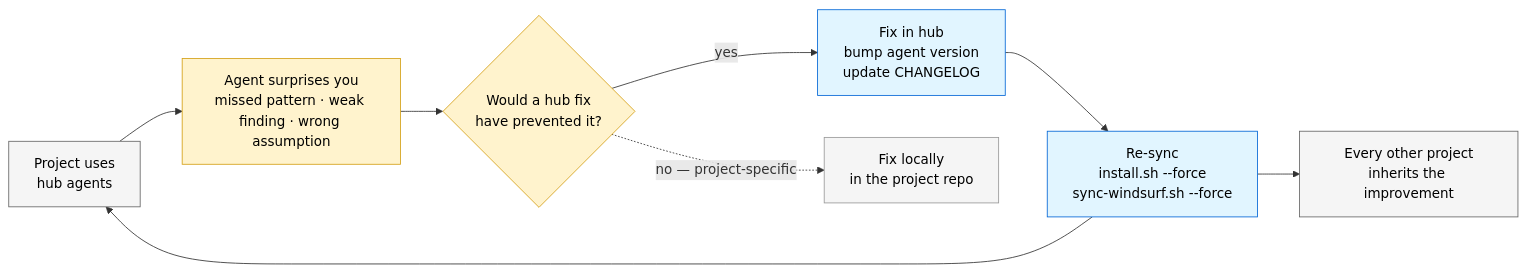
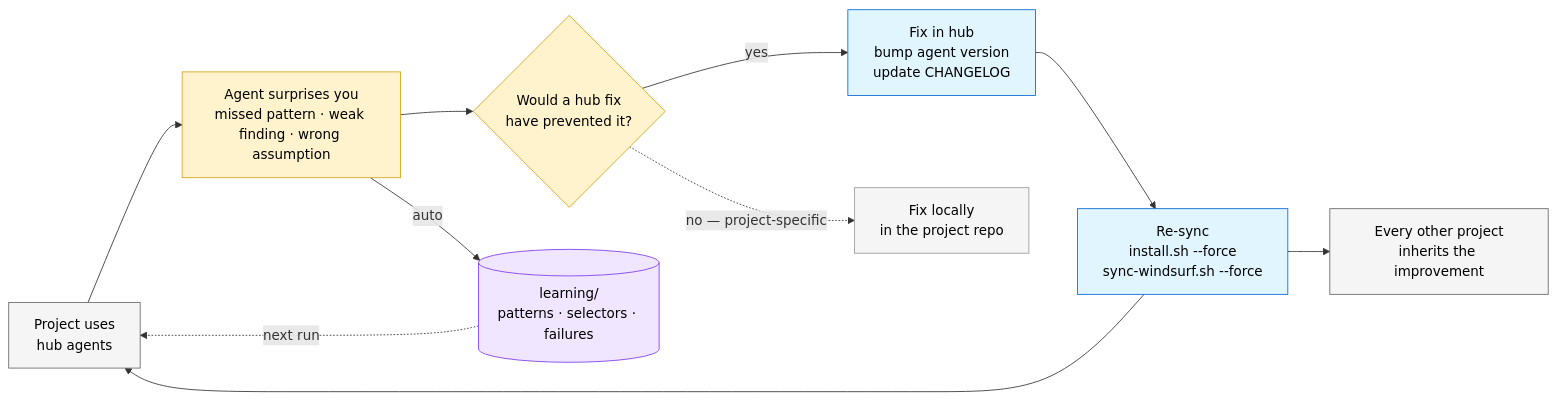
The diagram in diagrams/03-drift-loop.md (kpassoubady/agent-hub), drawn with Mermaid before and after one commit. The commit also changed other lines of this file and 14 other files, not shown here.

````diff
--- a/diagrams/03-drift-loop.md
+++ b/diagrams/03-drift-loop.md
@@ -5,25 +7,29 @@
 ```mermaid
 flowchart LR
     Use[Project uses<br/>hub agents]
     Surprise[Agent surprises you<br/>missed pattern · weak finding · wrong assumption]
     Diagnose{Would a hub fix<br/>have prevented it?}
     Fix[Fix in hub<br/>bump agent version<br/>update CHANGELOG]
     Propagate[Re-sync<br/>install.sh --force<br/>sync-windsurf.sh --force]
     Others[Every other project<br/>inherits the improvement]
 
     Use --> Surprise
     Surprise --> Diagnose
     Diagnose -->|"yes"| Fix
     Diagnose -.->|"no — project-specific"| Local[Fix locally<br/>in the project repo]
     Fix --> Propagate
     Propagate --> Use
     Propagate --> Others
 
+    Surprise -->|"auto"| Learn[("learning/<br/>patterns · selectors · failures")]
+    Learn -.->|"next run"| Use
+
     style Use fill:#f5f5f5,stroke:#666,color:#000
     style Others fill:#f5f5f5,stroke:#666,color:#000
     style Surprise fill:#fff3cd,stroke:#d4a017,color:#000
     style Diagnose fill:#fff3cd,stroke:#d4a017,color:#000
     style Fix fill:#e1f5ff,stroke:#0366d6,color:#000
     style Propagate fill:#e1f5ff,stroke:#0366d6,color:#000
     style Local fill:#f5f5f5,stroke:#999,color:#000
+    style Learn fill:#f0e6ff,stroke:#7c3aed,color:#000
 ```
````
